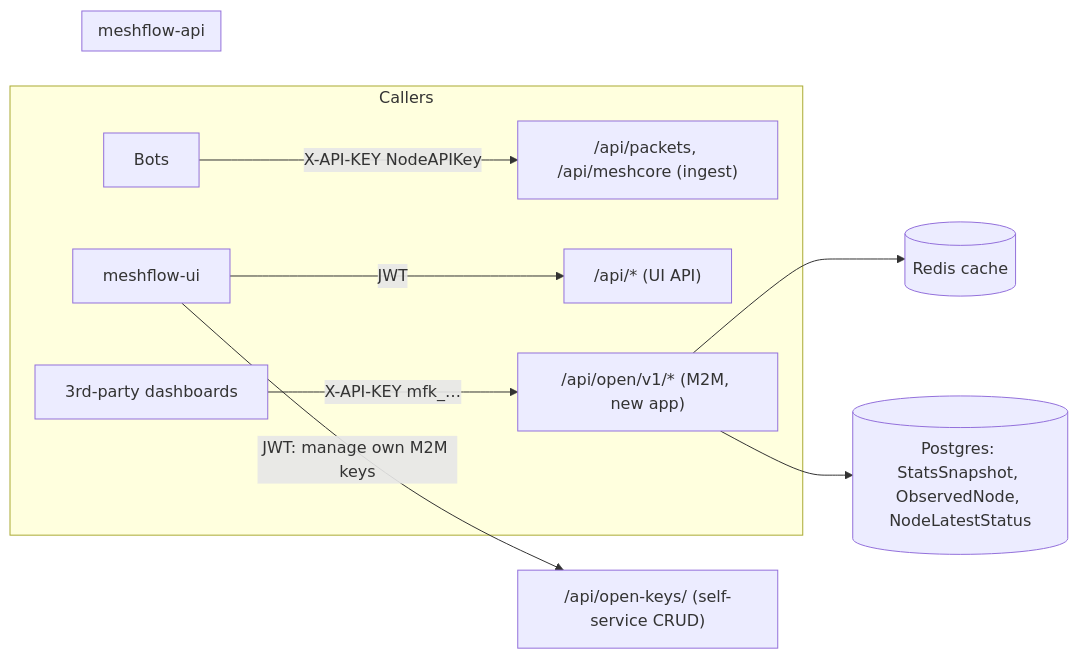
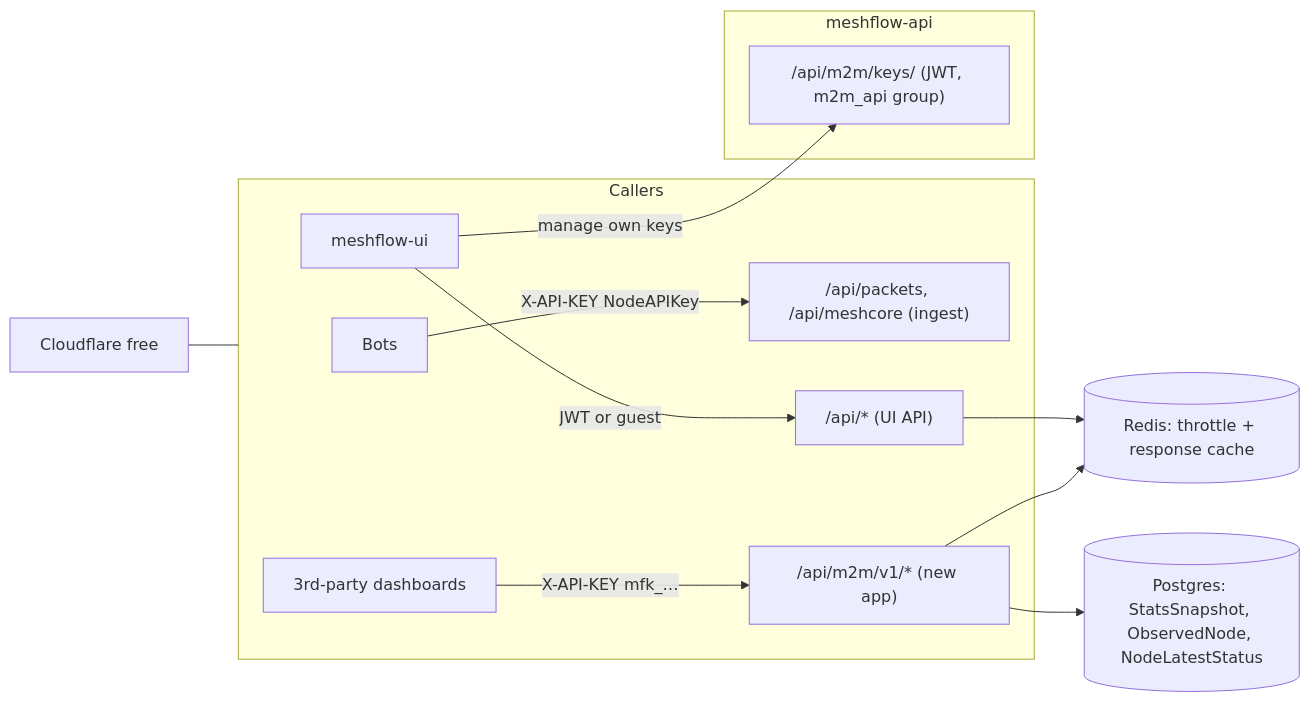
One commit to pskillen/meshflow-api changed the diagram in docs/features/m2m-api/README.md. Above: the diagram before and after it, drawn with Mermaid. The commit also changed other lines of this file and 1 other file, not shown here.

First line of the commit message:
docs: capture M2M API decisions, guest throttling plan, UTC day convention

````diff
--- a/docs/features/m2m-api/README.md
+++ b/docs/features/m2m-api/README.md
@@ -59,16 +75,19 @@
 ```mermaid
 flowchart LR
   subgraph clients [Callers]
     bot[Bots] -->|X-API-KEY NodeAPIKey| ingest
-    web[meshflow-ui] -->|JWT| main
+    web[meshflow-ui] -->|JWT or guest| main
     ext[3rd-party dashboards] -->|X-API-KEY mfk_…| m2m
   end
+  cf[Cloudflare free] --- clients
   subgraph api [meshflow-api]
     ingest["/api/packets, /api/meshcore (ingest)"]
     main["/api/* (UI API)"]
-    m2m["/api/open/v1/* (M2M, new app)"]
+    m2m["/api/m2m/v1/* (new app)"]
+    keys["/api/m2m/keys/ (JWT, m2m_api group)"]
   end
-  web -->|JWT: manage own M2M keys| keys["/api/open-keys/ (self-service CRUD)"]
-  m2m --> cache[(Redis cache)]
+  web -->|manage own keys| keys
+  m2m --> cache[(Redis: throttle + response cache)]
+  main --> cache
   m2m --> db[(Postgres: StatsSnapshot, ObservedNode, NodeLatestStatus)]
 ```
````
